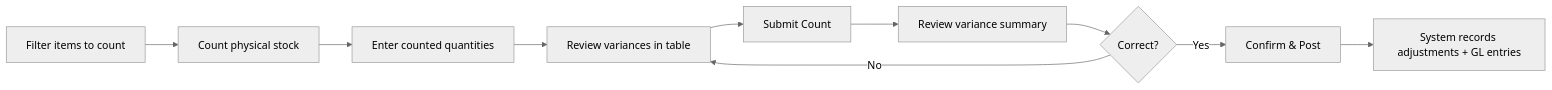
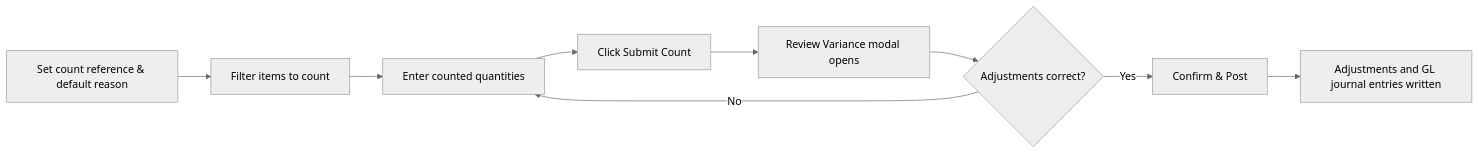
Before and after one commit to BLB3DPrinting/filaops: the diagram in docs/user-guide/inventory.md, drawn with Mermaid (neutral theme). The commit also changed other lines of this file and 9 other files, not shown here.

````diff
--- a/docs/user-guide/inventory.md
+++ b/docs/user-guide/inventory.md
@@ -181,12 +252,11 @@
 ```mermaid
 graph LR
-    A[Filter items to count] --> B[Count physical stock]
+    A[Set count reference & default reason] --> B[Filter items to count]
     B --> C[Enter counted quantities]
-    C --> D[Review variances in table]
-    D --> E[Submit Count]
-    E --> F[Review variance summary]
-    F --> G{Correct?}
-    G -- Yes --> H[Confirm & Post]
-    G -- No --> D
-    H --> I[System records adjustments + GL entries]
+    C --> D[Click Submit Count]
+    D --> E[Review Variance modal opens]
+    E --> F{Adjustments correct?}
+    F -- Yes --> G[Confirm & Post]
+    F -- No --> C
+    G --> H[Adjustments and GL journal entries written]
 ```
````
